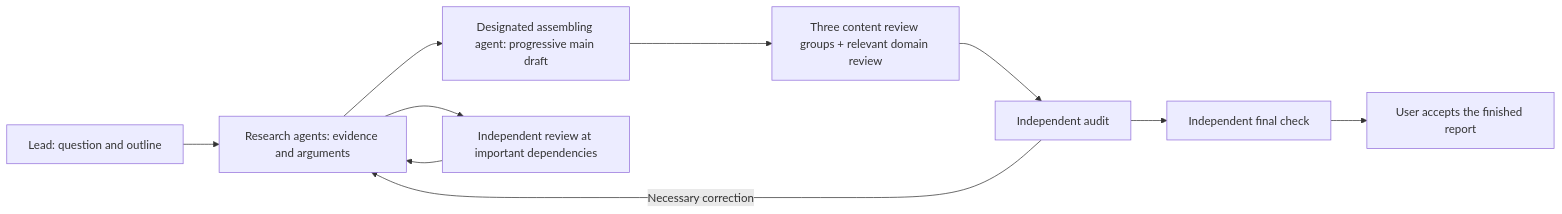
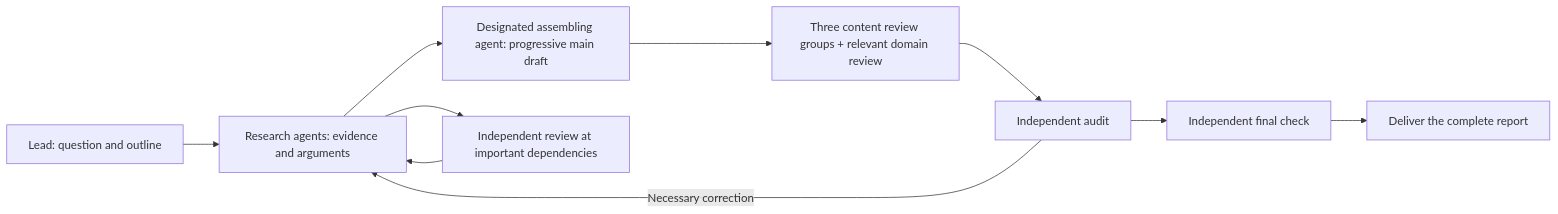
The diagram in README.md (rrrrrredy/research-toolkit), drawn with Mermaid before and after one commit. The commit also changed other lines of this file and 58 other files, not shown here.

````diff
--- a/README.md
+++ b/README.md
@@ -28,12 +28,12 @@
 ```mermaid
 flowchart LR
   L[Lead: question and outline] --> R[Research agents: evidence and arguments]
   R --> W[Designated assembling agent: progressive main draft]
   R --> U[Independent review at important dependencies]
   U --> R
   W --> V[Three content review groups + relevant domain review]
   V --> A[Independent audit]
   A --> F[Independent final check]
   A -->|Necessary correction| R
-  F --> D[User accepts the finished report]
+  F --> D[Deliver the complete report]
 ```
````
